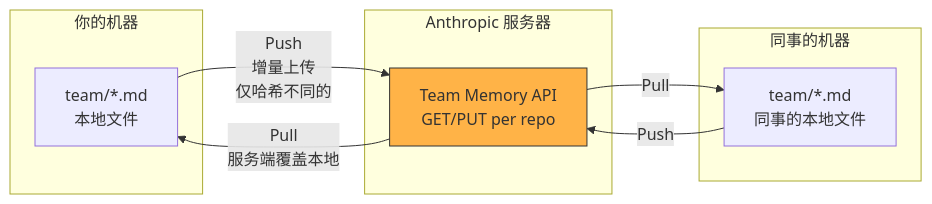
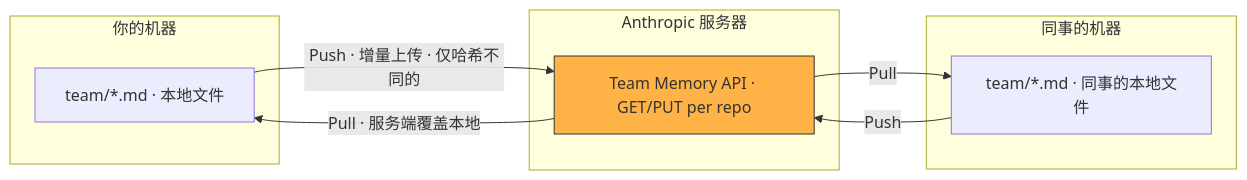
One commit to turf0909/sleep-code changed diagram 21 of 30 in CLAUDE_CODE_BOOK.md. Above: the diagram before and after it, drawn with Mermaid. The commit also changed other lines of this file, not shown here.

First line of the commit message:
docs: major expansion and fact-check of Claude Code architecture book

````diff
--- a/CLAUDE_CODE_BOOK.md
+++ b/CLAUDE_CODE_BOOK.md
@@ -2375,19 +3520,19 @@
 ```mermaid
 flowchart LR
     subgraph "你的机器"
-        LOCAL["team/*.md<br/>本地文件"]
+        LOCAL["team/*.md · 本地文件"]
     end
     subgraph "Anthropic 服务器"
-        API["Team Memory API<br/>GET/PUT per repo"]
+        API["Team Memory API · GET/PUT per repo"]
     end
     subgraph "同事的机器"
-        REMOTE["team/*.md<br/>同事的本地文件"]
+        REMOTE["team/*.md · 同事的本地文件"]
     end
 
-    LOCAL -->|"Push<br/>增量上传<br/>仅哈希不同的"| API
-    API -->|"Pull<br/>服务端覆盖本地"| LOCAL
+    LOCAL -->|"Push · 增量上传 · 仅哈希不同的"| API
+    API -->|"Pull · 服务端覆盖本地"| LOCAL
     REMOTE -->|"Push"| API
     API -->|"Pull"| REMOTE
 
     style API fill:#FFB347,stroke:#333,color:#333
 ```
````
